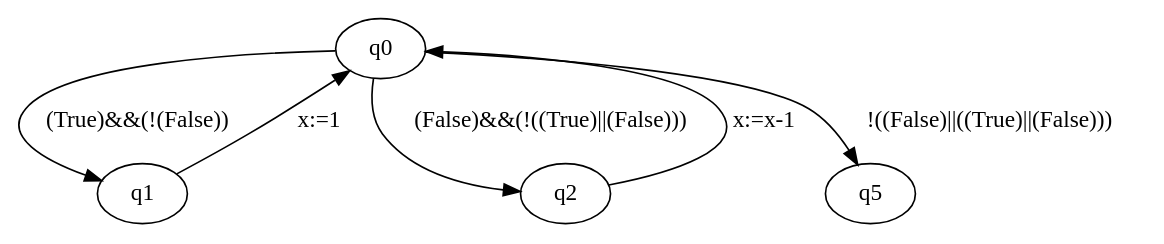
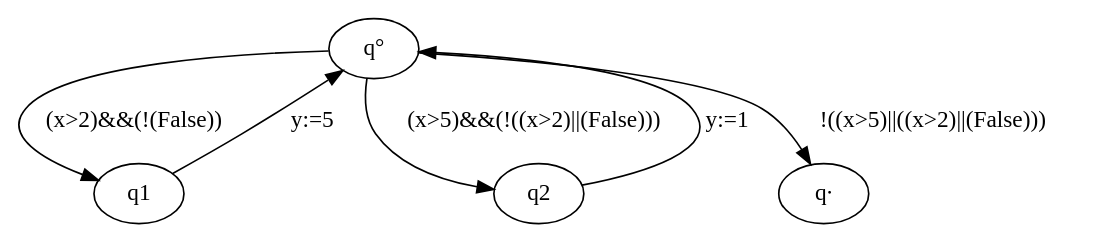
Before and after one commit to JepMik/GCL-Build-Analyse-Tool: the diagram in graph.dot, drawn with Graphviz. The commit also changed 11 other files, not shown here.

Commit message:
Fixed graph generator without depth

```diff
--- a/graph.dot
+++ b/graph.dot
@@ -1,7 +1,7 @@
 strict digraph {
-q0 -> q1[label="(True)&&(!(False))"];
-q1 -> q0[label="x:=1"];
-q0 -> q2[label="(False)&&(!((True)||(False)))"];
-q2 -> q0[label="x:=x-1"];
-q0 -> q5[label="!((False)||((True)||(False)))"];
+q° -> q1[label="(x>2)&&(!(False))"];
+q1 -> q°[label="y:=5"];
+q° -> q2[label="(x>5)&&(!((x>2)||(False)))"];
+q2 -> q°[label="y:=1"];
+q° -> q∙[label="!((x>5)||((x>2)||(False)))"];
 }
```
